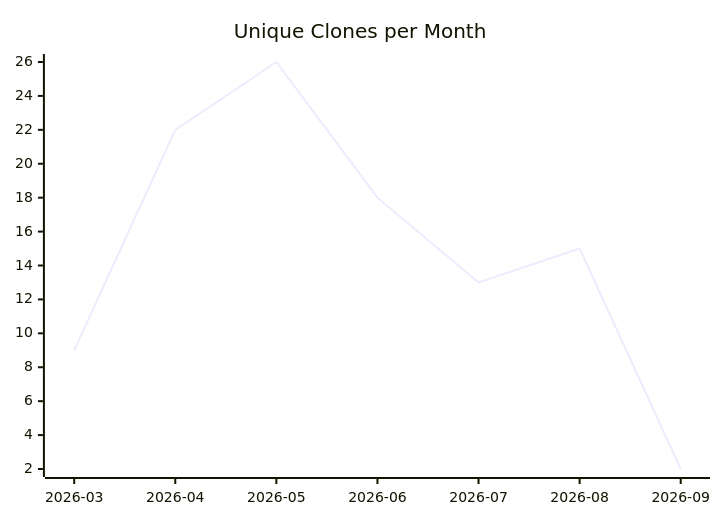
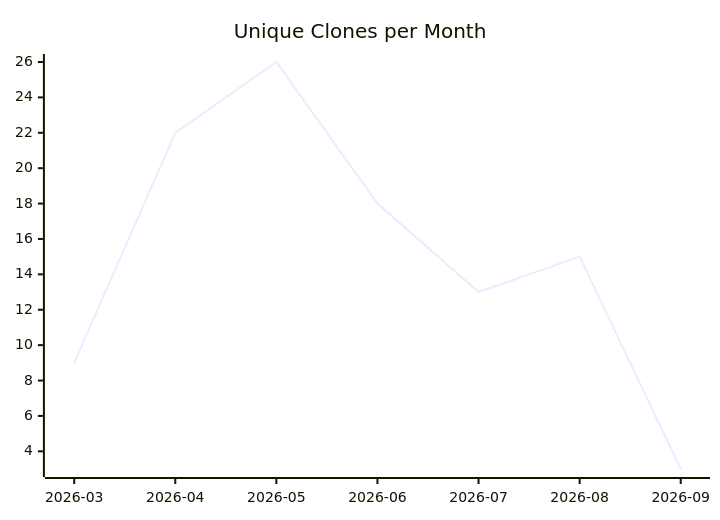
The third of 3 diagrams in karlmdavis/lego-ev3dev-rs/README.md (justdavis-family/github-analytics-data), drawn with Mermaid before and after one commit. The commit also changed other lines of this file and 187 other files, not shown here.

````diff
--- a/karlmdavis/lego-ev3dev-rs/README.md
+++ b/karlmdavis/lego-ev3dev-rs/README.md
@@ -19,6 +19,6 @@
 ```mermaid
 xychart-beta
   title "Unique Clones per Month"
   x-axis ["2026-03", "2026-04", "2026-05", "2026-06", "2026-07", "2026-08", "2026-09"]
-  line [9, 22, 26, 18, 13, 15, 2]
+  line [9, 22, 26, 18, 13, 15, 3]
 ```
````
